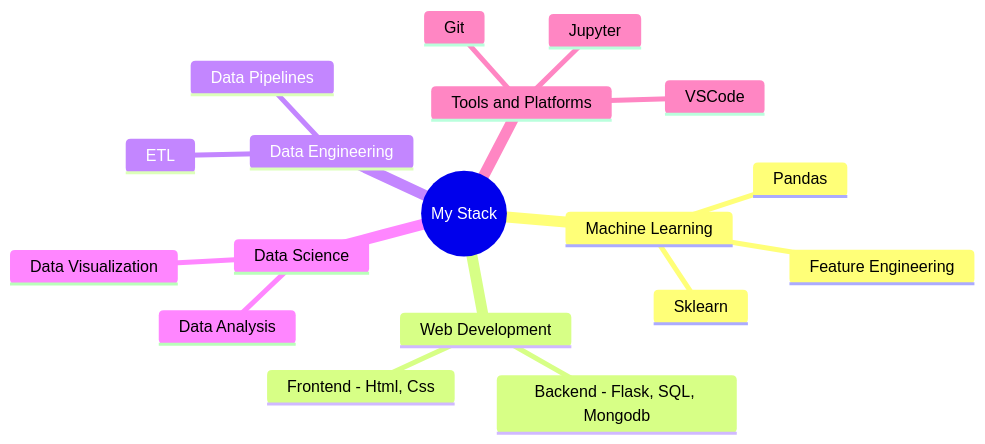
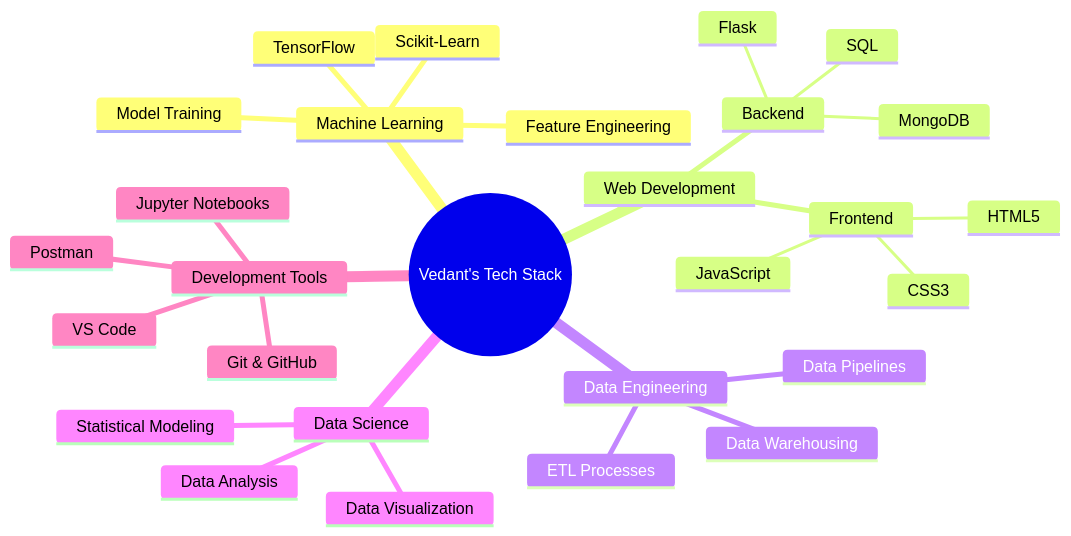
One commit to VedantKale106/VedantKale106 changed the diagram in README.md. Above: the diagram before and after it, drawn with Mermaid. The commit also changed other lines of this file, not shown here.

````diff
--- a/README.md
+++ b/README.md
@@ -63,21 +120,31 @@
 ```mermaid
 mindmap
-  root((My Stack))
+  root((Vedant's Tech Stack))
     Machine Learning
       Feature Engineering
-      Pandas
-      Sklearn
+      Model Training
+      Scikit-Learn
+      TensorFlow
     Web Development
-      Frontend - Html, Css
-      Backend - Flask, SQL, Mongodb
+      Frontend
+        HTML5
+        CSS3
+        JavaScript
+      Backend
+        Flask
+        SQL
+        MongoDB
     Data Engineering
       Data Pipelines
-      ETL
+      ETL Processes
+      Data Warehousing
     Data Science
       Data Analysis
       Data Visualization
-    Tools and Platforms
-      Git
-      Jupyter
-      VSCode
+      Statistical Modeling
+    Development Tools
+      Git & GitHub
+      Jupyter Notebooks
+      VS Code
+      Postman
 ```
````
